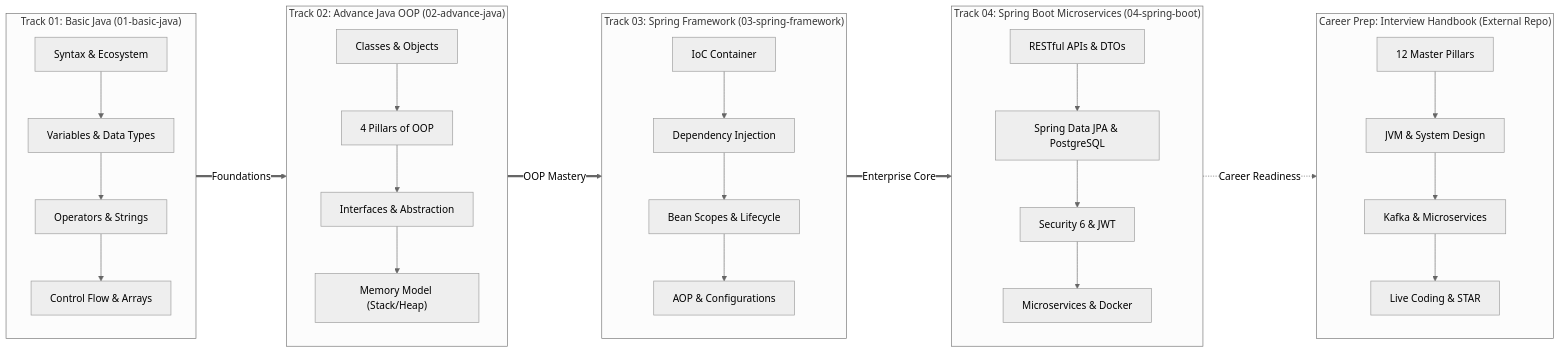
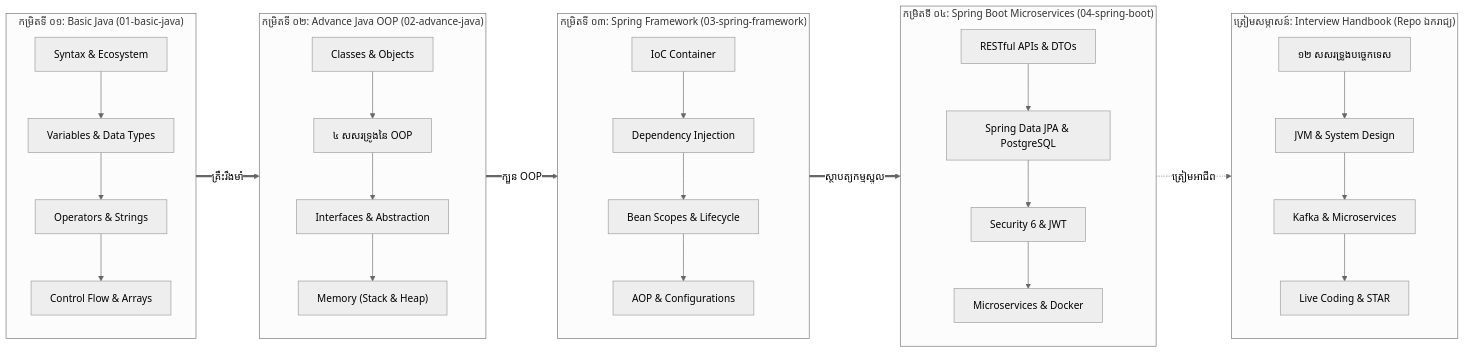
One commit to sakousa856-sketch/java-spring-for-developers-khmer changed the diagram in README.md. Above: the diagram before and after it, drawn with Mermaid (neutral theme). The commit also changed other lines of this file and 290 other files, not shown here.

First line of the commit message:
feat: standardize curriculum to Khmer-primary with English tech terms and redesign advance Java

````diff
--- a/README.md
+++ b/README.md
@@ -21,39 +19,39 @@
 ```mermaid
 flowchart LR
-    subgraph T1["Track 01: Basic Java (01-basic-java)"]
+    subgraph T1["កម្រិតទី ០១: Basic Java (01-basic-java)"]
         direction TB
         A1["Syntax & Ecosystem"] --> A2["Variables & Data Types"]
         A2 --> A3["Operators & Strings"] --> A4["Control Flow & Arrays"]
     end
 
-    subgraph T2["Track 02: Advance Java OOP (02-advance-java)"]
+    subgraph T2["កម្រិតទី ០២: Advance Java OOP (02-advance-java)"]
         direction TB
-        B1["Classes & Objects"] --> B2["4 Pillars of OOP"]
-        B2 --> B3["Interfaces & Abstraction"] --> B4["Memory Model (Stack/Heap)"]
+        B1["Classes & Objects"] --> B2["៤ សសរទ្រូងនៃ OOP"]
+        B2 --> B3["Interfaces & Abstraction"] --> B4["Memory (Stack & Heap)"]
     end
 
-    subgraph T3["Track 03: Spring Framework (03-spring-framework)"]
+    subgraph T3["កម្រិតទី ០៣: Spring Framework (03-spring-framework)"]
         direction TB
         C1["IoC Container"] --> C2["Dependency Injection"]
         C2 --> C3["Bean Scopes & Lifecycle"] --> C4["AOP & Configurations"]
     end
 
-    subgraph T4["Track 04: Spring Boot Microservices (04-spring-boot)"]
+    subgraph T4["កម្រិតទី ០៤: Spring Boot Microservices (04-spring-boot)"]
         direction TB
         D1["RESTful APIs & DTOs"] --> D2["Spring Data JPA & PostgreSQL"]
         D2 --> D3["Security 6 & JWT"] --> D4["Microservices & Docker"]
     end
 
-    subgraph T5["Career Prep: Interview Handbook (External Repo)"]
+    subgraph T5["ត្រៀមសម្ភាសន៍: Interview Handbook (Repo ឯករាជ្យ)"]
         direction TB
-        E1["12 Master Pillars"] --> E2["JVM & System Design"]
+        E1["១២ សសរទ្រូងបច្ចេកទេស"] --> E2["JVM & System Design"]
         E2 --> E3["Kafka & Microservices"] --> E4["Live Coding & STAR"]
     end
 
-    T1 ==>|Foundations| T2
-    T2 ==>|OOP Mastery| T3
-    T3 ==>|Enterprise Core| T4
-    T4 -.->|Career Readiness| T5
-    
-    click T5 "https://github.com/sakousa856-sketch/java-spring-interview-handbook-khmer" "Open Interview Handbook Repository"
+    T1 ==>|គ្រឹះរឹងមាំ| T2
+    T2 ==>|ក្បួន OOP| T3
+    T3 ==>|ស្ថាបត្យកម្មស្នូល| T4
+    T4 -.->|ត្រៀមអាជីព| T5
+
+    click T5 "https://github.com/sakousa856-sketch/java-spring-interview-handbook-khmer" "បើកមើល Repo សម្ភាសន៍ការងារ"
 ```
````
